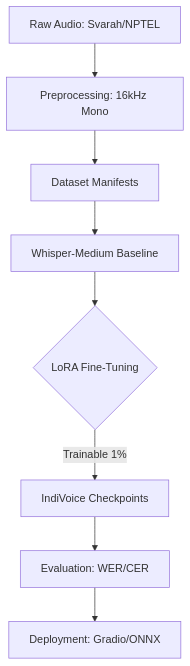
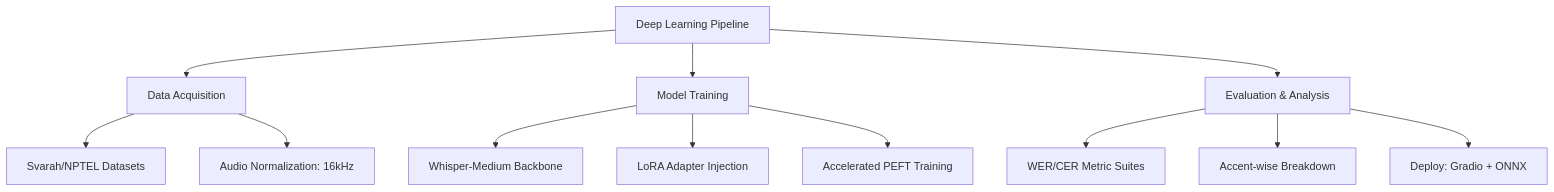
Before and after one commit to purvanshjoshi/IndiVoice-DeepASR: the diagram in README.md, drawn with Mermaid. The commit also changed other lines of this file, not shown here.

Commit message:
Overhaul README.md: Add About section, technical architecture, and research metrics

````diff
--- a/README.md
+++ b/README.md
@@ -30,10 +25,17 @@
 ```mermaid
 graph TD
-    A[Raw Audio: Svarah/NPTEL] --> B[Preprocessing: 16kHz Mono]
-    B --> C[Dataset Manifests]
-    C --> D[Whisper-Medium Baseline]
-    D --> E{LoRA Fine-Tuning}
-    E -->|Trainable 1%| F[IndiVoice Checkpoints]
-    F --> G[Evaluation: WER/CER]
-    G --> H[Deployment: Gradio/ONNX]
+    A[Deep Learning Pipeline] --> B[Data Acquisition]
+    A --> C[Model Training]
+    A --> D[Evaluation & Analysis]
+
+    B --> B1[Svarah/NPTEL Datasets]
+    B --> B2[Audio Normalization: 16kHz]
+    
+    C --> C1[Whisper-Medium Backbone]
+    C --> C2[LoRA Adapter Injection]
+    C --> C3[Accelerated PEFT Training]
+    
+    D --> D1[WER/CER Metric Suites]
+    D --> D2[Accent-wise Breakdown]
+    D --> D3[Deploy: Gradio + ONNX]
 ```
````
